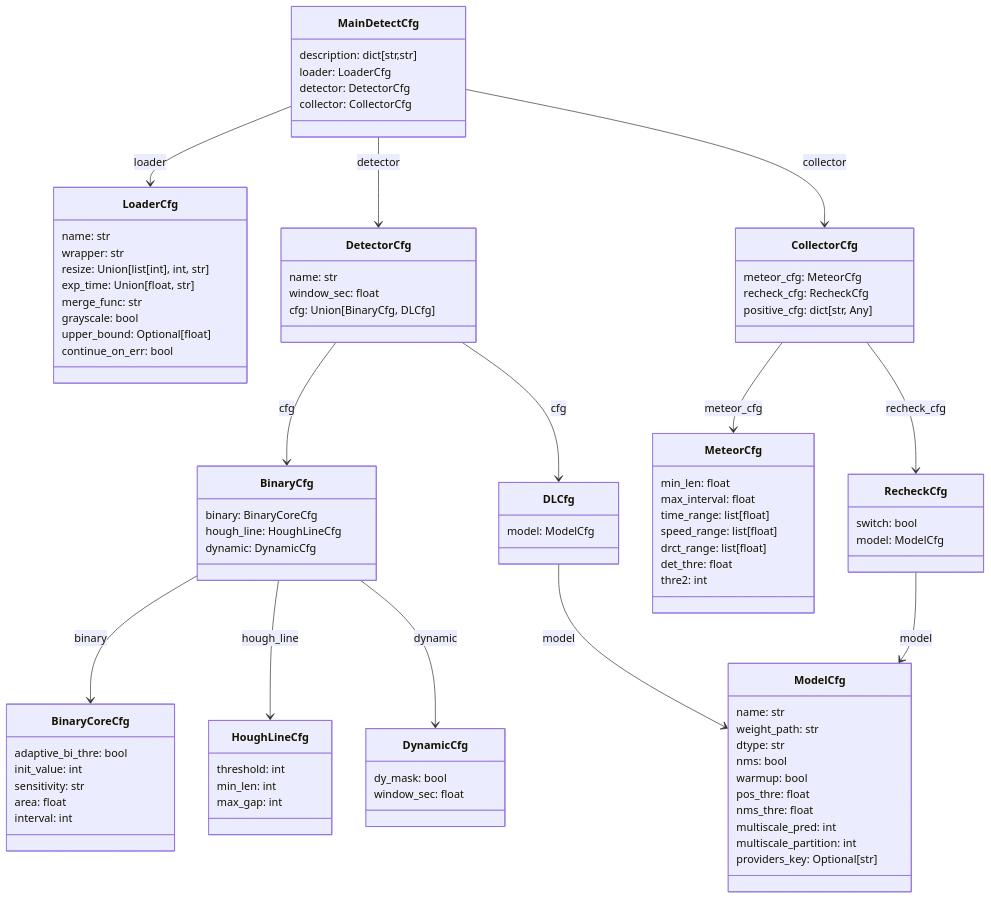
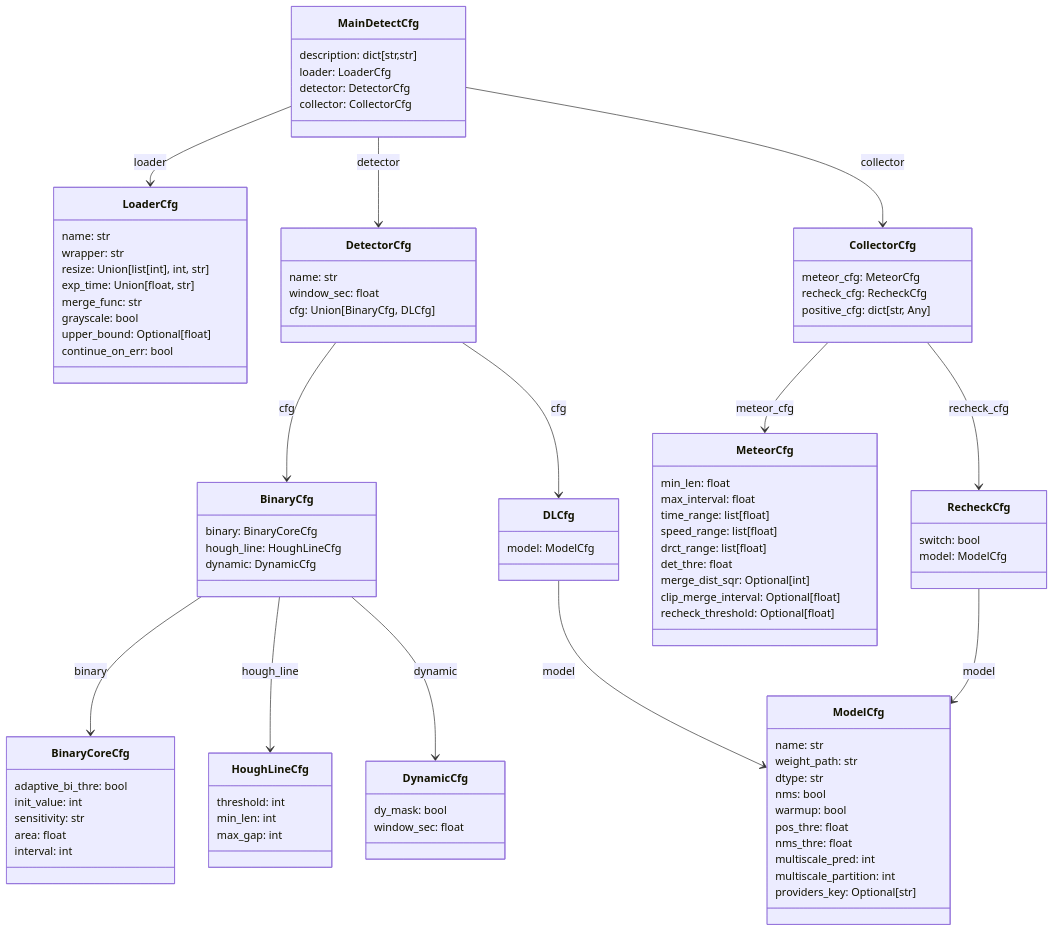
Before and after one commit to LilacMeteorObservatory/MetDetPy: the first of 2 diagrams in docs/config-doc-cn.md, drawn with Mermaid. The commit also changed other lines of this file and 24 other files, not shown here.

```diff
--- a/docs/config-doc-cn.md
+++ b/docs/config-doc-cn.md
@@ -90,7 +90,9 @@
     speed_range: list[float]
     drct_range: list[float]
     det_thre: float
-    thre2: int
+    merge_dist_sqr: Optional[int]
+    clip_merge_interval: Optional[float]
+    recheck_threshold: Optional[float]
 }
 
 class RecheckCfg {
```
